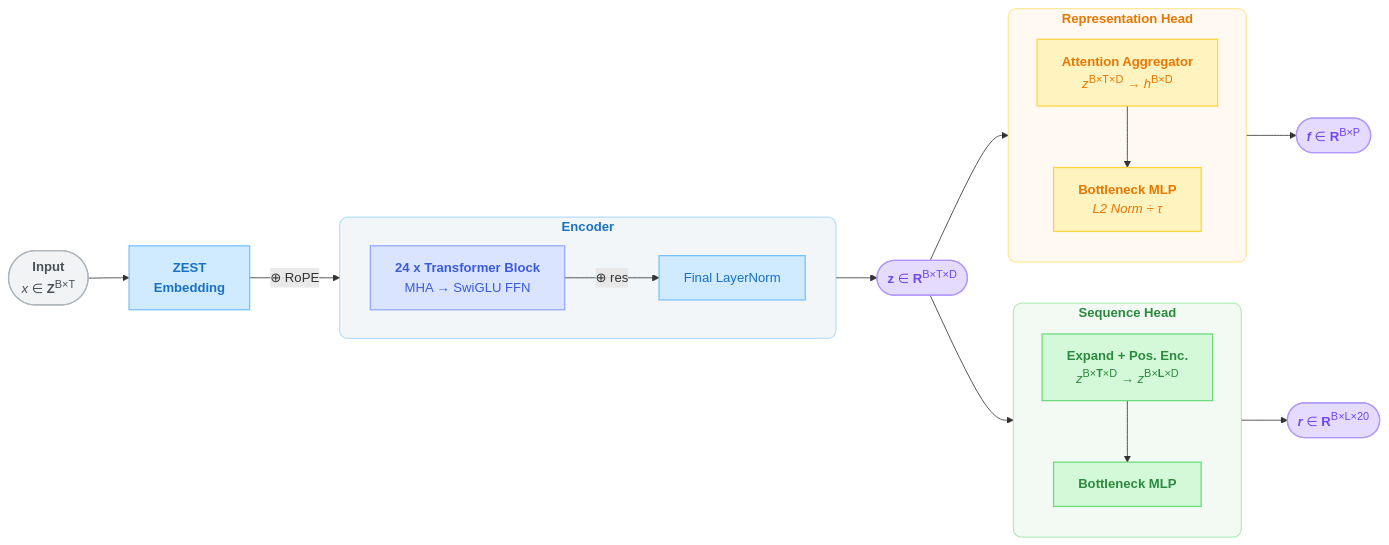
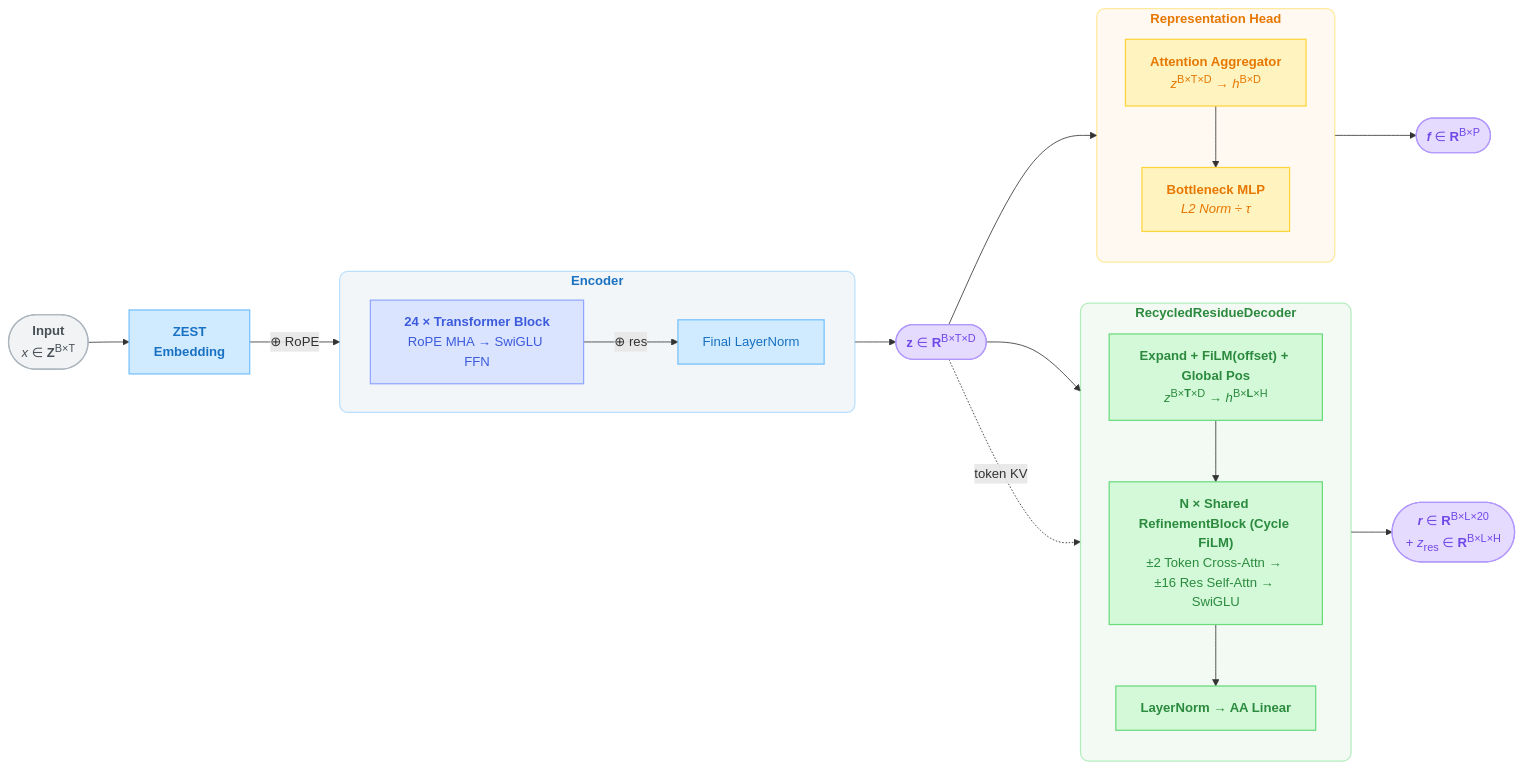
One commit to Biswajit-Banerjee/ZEST changed the diagram in docs/lemon.mermaid. Above: the diagram before and after it, drawn with Mermaid. The commit also changed 34 other files, not shown here.

Commit message:
Migrate clean LEMON-ZEST v2 core (RecycledResidueDecoder-only, DDP pretrain, tests, docs)

```diff
--- a/docs/lemon.mermaid
+++ b/docs/lemon.mermaid
@@ -1,75 +1,76 @@
 %%{init: {
   'theme': 'base',
   'themeVariables': {
     'fontSize': '15px',
     'primaryColor': '#F8F9FA',
     'primaryBorderColor': '#ADB5BD',
     'primaryTextColor': '#343A40',
     'lineColor': '#868E96',
     'fontFamily': 'Inter, Helvetica Neue, Arial, sans-serif'
   },
 }}%%
 
 flowchart LR
     %% ── Input ──
     input(["<b style='font-size:16px'>Input</b><br/><i>x</i> ∈ <b>Z</b><sup>B×T</sup>"])
 
     %% ── Embedding ──
-    emb["<b style='font-size:16px'>ZEST <br/>Embedding</b>"]
+    emb["<b style='font-size:16px'>ZEST<br/>Embedding</b>"]
 
-    %% ── Encoder > N × Block > MHA + FFN ──
+    %% ── Encoder ──
     subgraph ENC ["<b>Encoder</b>"]
         direction LR
-        BLK["<b>24 x Transformer Block</b><br/>MHA → SwiGLU FFN"]
+        BLK["<b>24 × Transformer Block</b><br/>RoPE MHA → SwiGLU FFN"]
         fnorm["Final LayerNorm"]
         BLK --> |⊕ res| fnorm
     end
 
     %% ── Shared representation ──
     z(["<b style='font-size:16px'>z</b> ∈ <b>R</b><sup>B×T×D</sup>"])
 
-    %% ── Sequence Head (Profile Expansion) ──
-    subgraph P1 ["<b>Sequence Head</b>"]
+    %% ── Recycled Residue Decoder ──
+    subgraph P1 ["<b>RecycledResidueDecoder</b>"]
         direction TB
-        expand["<b>Expand + Pos. Enc.</b><br/><i>z</i><sup>B×<b>T</b>×D</sup> → <i>z</i><sup>B×<b>L</b>×D</sup>"]
-        resmlp["<b>Bottleneck MLP</b>"]
-        expand --> resmlp
+        expand["<b>Expand + FiLM(offset) + Global Pos</b><br/><i>z</i><sup>B×<b>T</b>×D</sup> → <i>h</i><sup>B×<b>L</b>×H</sup>"]
+        cycle["<b>N × Shared RefinementBlock (Cycle FiLM)</b><br/>±2 Token Cross-Attn → ±16 Res Self-Attn → SwiGLU"]
+        outproj["<b>LayerNorm → AA Linear</b>"]
+        expand --> cycle --> outproj
     end
-    out1(["<b style='font-size:15px'><i>r</i></b> ∈ <b>R</b><sup>B×L×20</sup>"])
+    out1(["<b style='font-size:15px'><i>r</i></b> ∈ <b>R</b><sup>B×L×20</sup><br/>+ <i>z</i><sub>res</sub> ∈ <b>R</b><sup>B×L×H</sup>"])
 
+    %% ── Representation Head ──
     subgraph P2 ["<b>Representation Head</b>"]
         direction TB
         agg["<b>Attention Aggregator</b><br/><i>z</i><sup>B×T×D</sup> → <i>h</i><sup>B×D</sup>"]
         proj["<b>Bottleneck MLP</b><br/><i>L2 Norm ÷ τ</i>"]
         agg --> proj
     end
     out2(["<b style='font-size:15px'><i>f</i></b> ∈ <b>R</b><sup>B×P</sup>"])
 
     %% ── Connections ──
     input --> emb --> |⊕ RoPE| ENC
     fnorm --> z
     z --> expand
-    resmlp --> out1
+    z -. "token KV" .-> cycle
+    outproj --> out1
     z --> agg
     proj --> out2
-    
 
     %% ── Styling ──
     classDef inputNode fill:#F1F3F5,stroke:#ADB5BD,stroke-width:1.5px,color:#495057
     classDef encNode fill:#D0EBFF,stroke:#74C0FC,stroke-width:1.5px,color:#1971C2
     classDef blkNode fill:#DBE4FF,stroke:#91A7FF,stroke-width:1.5px,color:#3B5BDB
     classDef p1Node fill:#D3F9D8,stroke:#69DB7C,stroke-width:1.5px,color:#2B8A3E
     classDef p2Node fill:#FFF3BF,stroke:#FFD43B,stroke-width:1.5px,color:#E67700
     classDef outNode fill:#E5DBFF,stroke:#B197FC,stroke-width:1.5px,color:#7048E8
 
     class input inputNode
     class emb,fnorm encNode
     class BLK blkNode
-    class expand,resmlp p1Node
+    class expand,cycle,outproj p1Node
     class agg,proj p2Node
     class z,out1,out2 outNode
 
-    %% ── Subgraph styling ──
     style ENC fill:#E9EEF5,opacity:0.5,stroke:#74C0FC,stroke-width:1.5px,color:#1971C2,rx:10,ry:10
     style P1 fill:#E9F5E9,opacity:0.5,stroke:#69DB7C,stroke-width:1.5px,color:#2B8A3E,rx:10,ry:10
     style P2 fill:#FFF5E6,opacity:0.5,stroke:#FFD43B,stroke-width:1.5px,color:#E67700,rx:10,ry:10
```
